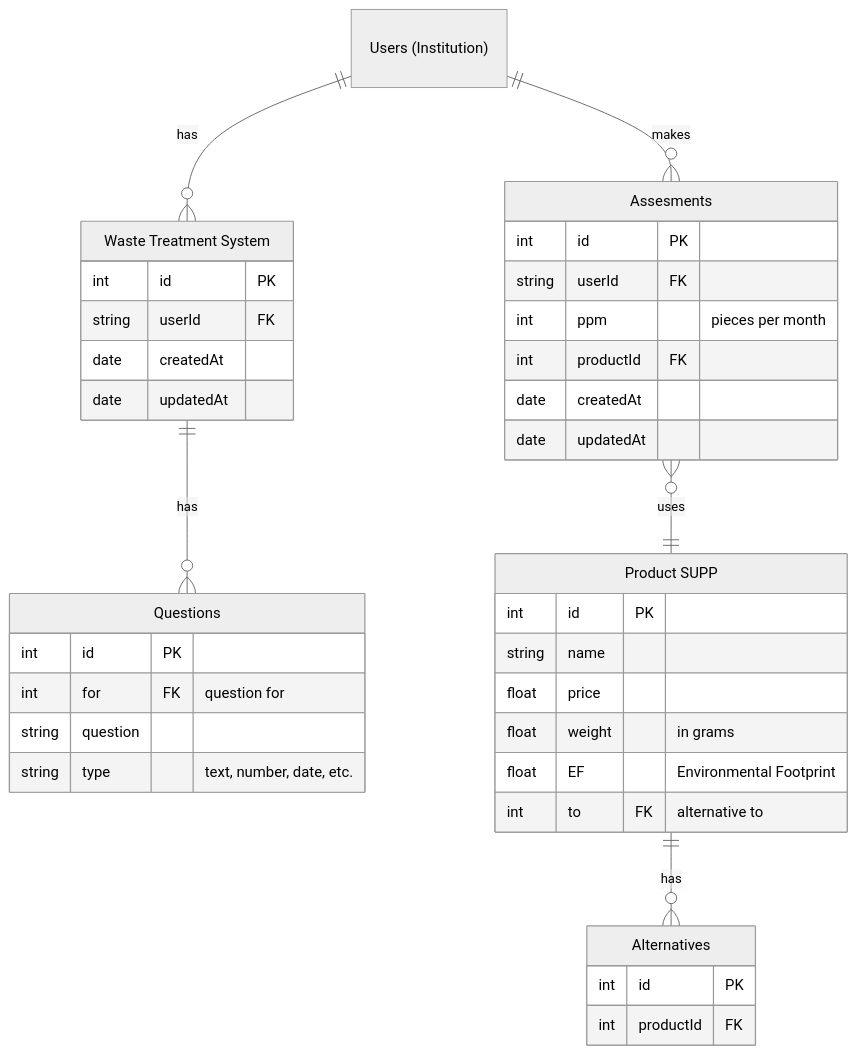
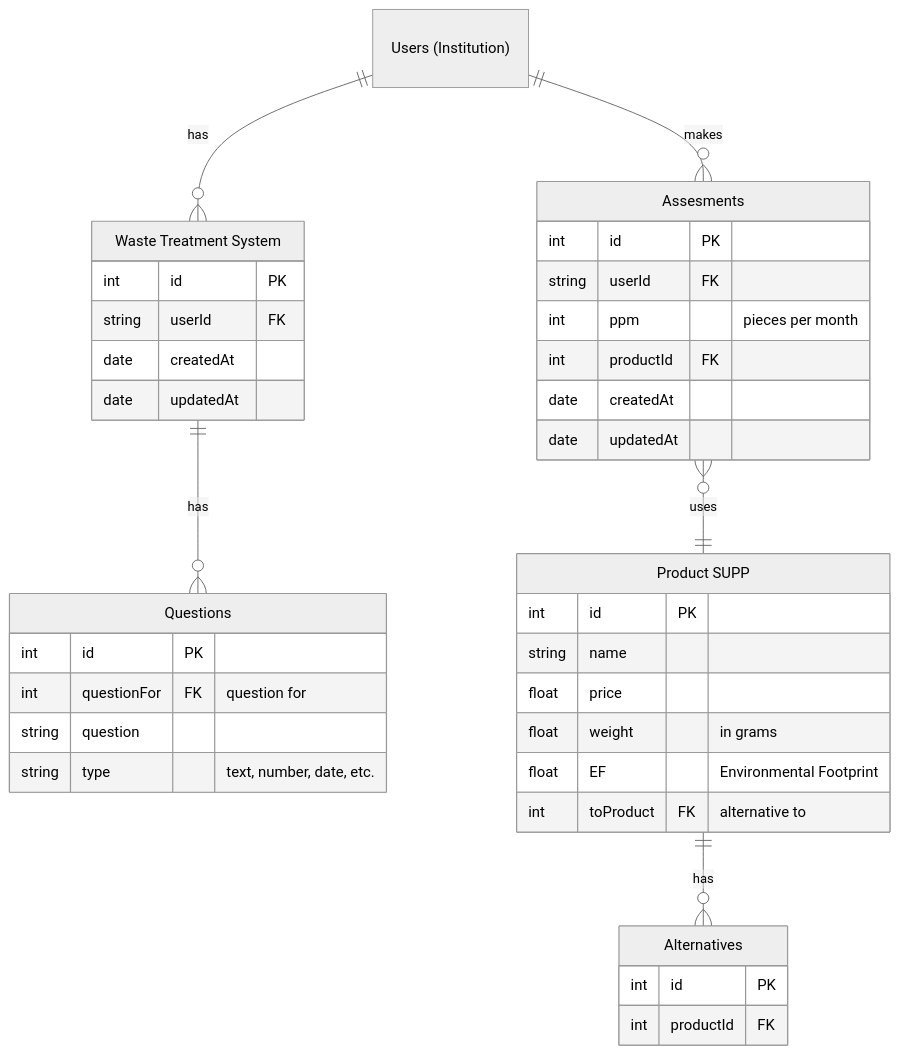
Before and after one commit to SimonStnn/BEMED: the diagram in backend/README.md, drawn with Mermaid (neutral theme).

Commit message:
Fix for reserved sql words

````diff
--- a/backend/README.md
+++ b/backend/README.md
@@ -5,47 +5,47 @@
 ```mermaid
 erDiagram
 users["Users (Institution)"] {}
 
 treatments["Waste Treatment System"] {
     int id PK
     string userId FK
     date createdAt
     date updatedAt
 }
 
 questions["Questions"] {
     int id PK
-    int for FK "question for"
+    int questionFor FK "question for"
     string question
     string type "text, number, date, etc."
 }
 
 assesments["Assesments"] {
     int id PK
     string userId FK
     int ppm "pieces per month"
     int productId FK
     date createdAt
     date updatedAt
 }
 
 products["Product SUPP"] {
     int id PK
     string name
     float price 
     float weight "in grams"
     float EF "Environmental Footprint"
-    int to FK "alternative to"
+    int toProduct FK "alternative to"
 }
 
 alternatives["Alternatives"] {
     int id PK
     int productId FK
 }
 
 treatments ||--o{ questions : "has"
 users ||--o{ treatments : "has"
 users ||--o{   assesments : "makes"
 products ||--o{ alternatives : "has"
 assesments }o--|| products : "uses"
 ```
````
